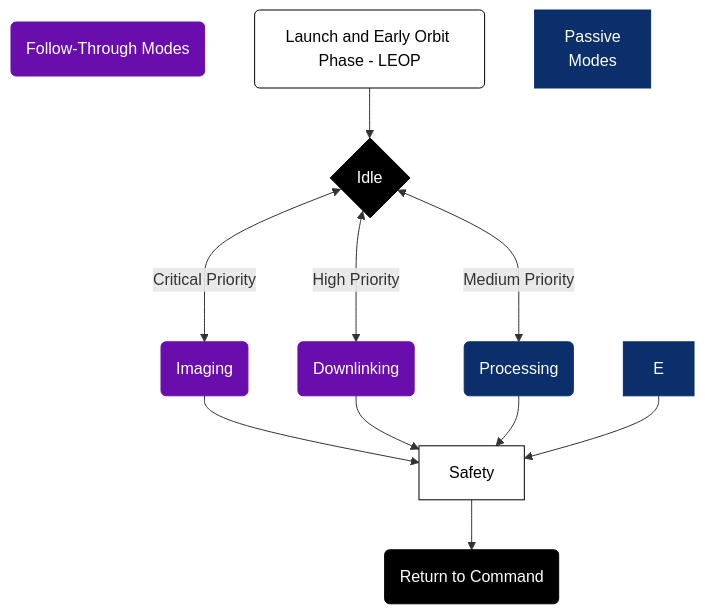
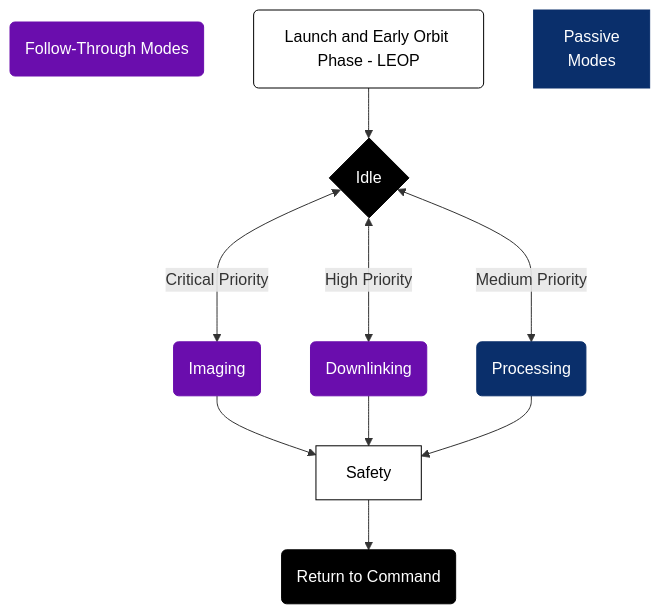
Before and after one commit to utat-ss/FINCH-sequence-diagrams: the diagram in concept of operations/modes-of-operation.md, drawn with Mermaid.

````diff
--- a/concept of operations/modes-of-operation.md
+++ b/concept of operations/modes-of-operation.md
@@ -3,27 +3,25 @@
 ```mermaid
 
 flowchart
  K(Follow-Through Modes)
  Z(Launch and Early Orbit Phase - LEOP) -->
  A{Idle} <---> |Critical Priority|B(Imaging)
  A <---> |High Priority|C(Downlinking)
  A <---> |Medium Priority|D(Processing)
  B --> Y
  C -->Y[Safety]
  D -->Y
- E -->Y
  R[Passive
  Modes]
  Y --> S(Return to Command)
 style Z fill:#FFFFFF,stroke:#000000,color:#000000
 style A fill:#000000,stroke:#000000,color:#FFFFFF
 style B fill:#6A0DAD,stroke:#6A0DAD,color:#FFFFFF
 style C fill:#6A0DAD,stroke:#6A0DAD,color:#FFFFFF
 style D fill:#0A2F6B,stroke:#0A2F6B,color:#FFFFFF
-style E fill:#0A2F6B,stroke:#0A2F6B,color:#FFFFFF
 style Y fill:#FFFFFF,stroke:#000000,color:#000000
 style S fill:#000000,stroke:#000000,color:#FFFFFF
 style K fill:#6A0DAD,stroke:#6A0DAD,color:#FFFFFF
 style R fill:#0A2F6B,stroke:#0A2F6B,color:#FFFFFF
 
 ```
````
